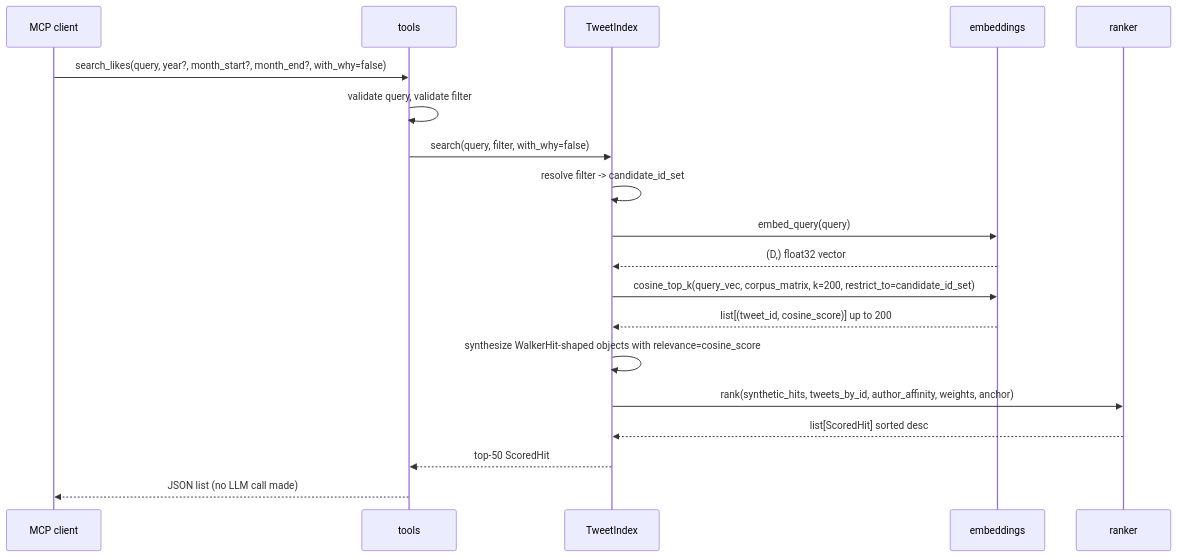
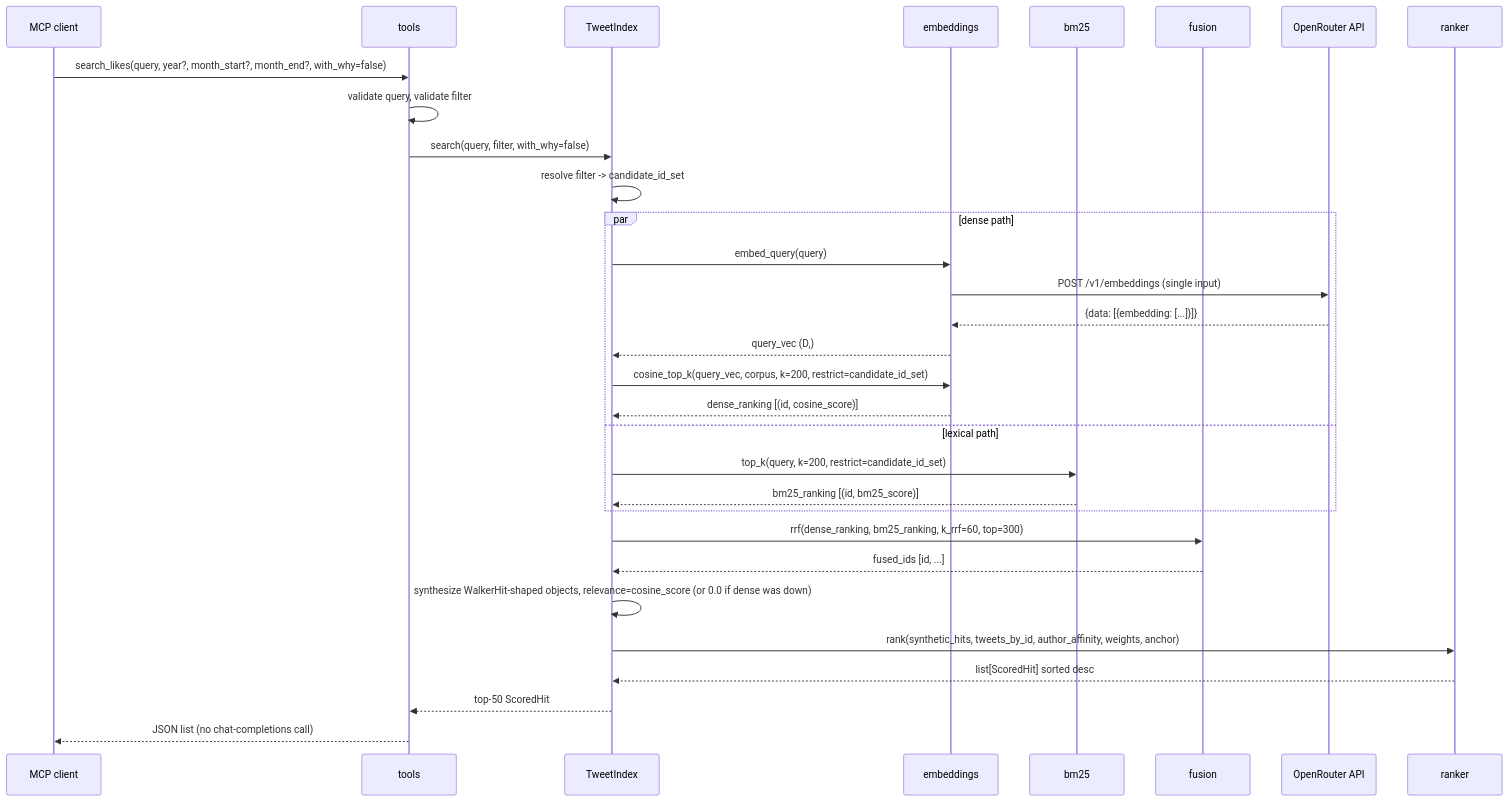
One commit to norandom/x_likes_scraper changed the third of 3 diagrams in .kiro/specs/mcp-fast-search/design.md. Above: the diagram before and after it, drawn with Mermaid. The commit also changed other lines of this file and 3 other files, not shown here.

First line of the commit message:
docs(mcp-fast-search): rewrite spec to hybrid OpenRouter + BM25 architecture

````diff
--- a/.kiro/specs/mcp-fast-search/design.md
+++ b/.kiro/specs/mcp-fast-search/design.md
@@ -205,22 +229,36 @@
 ```mermaid
 sequenceDiagram
     participant Client as MCP client
     participant Tools as tools
     participant Index as TweetIndex
     participant Embed as embeddings
+    participant BM25 as bm25
+    participant Fusion as fusion
+    participant OR as OpenRouter API
     participant Ranker as ranker
 
     Client->>Tools: search_likes(query, year?, month_start?, month_end?, with_why=false)
     Tools->>Tools: validate query, validate filter
     Tools->>Index: search(query, filter, with_why=false)
     Index->>Index: resolve filter -> candidate_id_set
-    Index->>Embed: embed_query(query)
-    Embed-->>Index: (D,) float32 vector
-    Index->>Embed: cosine_top_k(query_vec, corpus_matrix, k=200, restrict_to=candidate_id_set)
-    Embed-->>Index: list[(tweet_id, cosine_score)] up to 200
-    Index->>Index: synthesize WalkerHit-shaped objects with relevance=cosine_score
+
+    par dense path
+        Index->>Embed: embed_query(query)
+        Embed->>OR: POST /v1/embeddings (single input)
+        OR-->>Embed: {data: [{embedding: [...]}]}
+        Embed-->>Index: query_vec (D,)
+        Index->>Embed: cosine_top_k(query_vec, corpus, k=200, restrict=candidate_id_set)
+        Embed-->>Index: dense_ranking [(id, cosine_score)]
+    and lexical path
+        Index->>BM25: top_k(query, k=200, restrict=candidate_id_set)
+        BM25-->>Index: bm25_ranking [(id, bm25_score)]
+    end
+
+    Index->>Fusion: rrf(dense_ranking, bm25_ranking, k_rrf=60, top=300)
+    Fusion-->>Index: fused_ids [id, ...]
+    Index->>Index: synthesize WalkerHit-shaped objects, relevance=cosine_score (or 0.0 if dense was down)
     Index->>Ranker: rank(synthetic_hits, tweets_by_id, author_affinity, weights, anchor)
     Ranker-->>Index: list[ScoredHit] sorted desc
     Index-->>Tools: top-50 ScoredHit
-    Tools-->>Client: JSON list (no LLM call made)
+    Tools-->>Client: JSON list (no chat-completions call)
 ```
````
